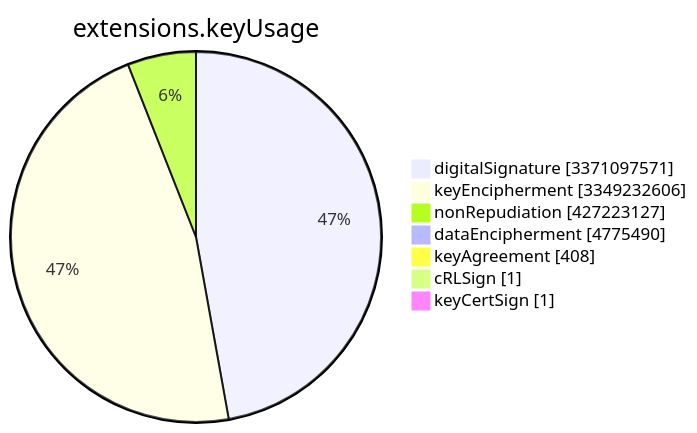
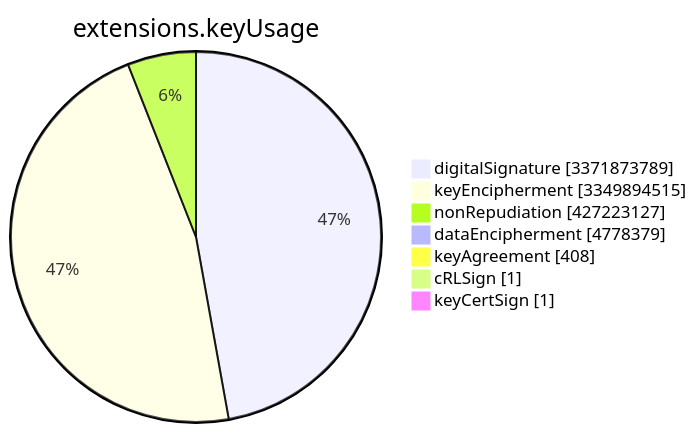
The sixth of 15 diagrams in TOTAL/README.md (christiankrug/ctmonitor_visualization), drawn with Mermaid before and after one commit. The commit also changed other lines of this file, not shown here.

````diff
--- a/TOTAL/README.md
+++ b/TOTAL/README.md
@@ -3079,11 +3079,11 @@
 ```mermaid
 pie showData
 title extensions.keyUsage
-"digitalSignature" :3371097571
-"keyEncipherment" :3349232606
+"digitalSignature" :3371873789
+"keyEncipherment" :3349894515
 "nonRepudiation" :427223127
-"dataEncipherment" :4775490
+"dataEncipherment" :4778379
 "keyAgreement" :408
 "cRLSign" :1
 "keyCertSign" :1
 ```
````
